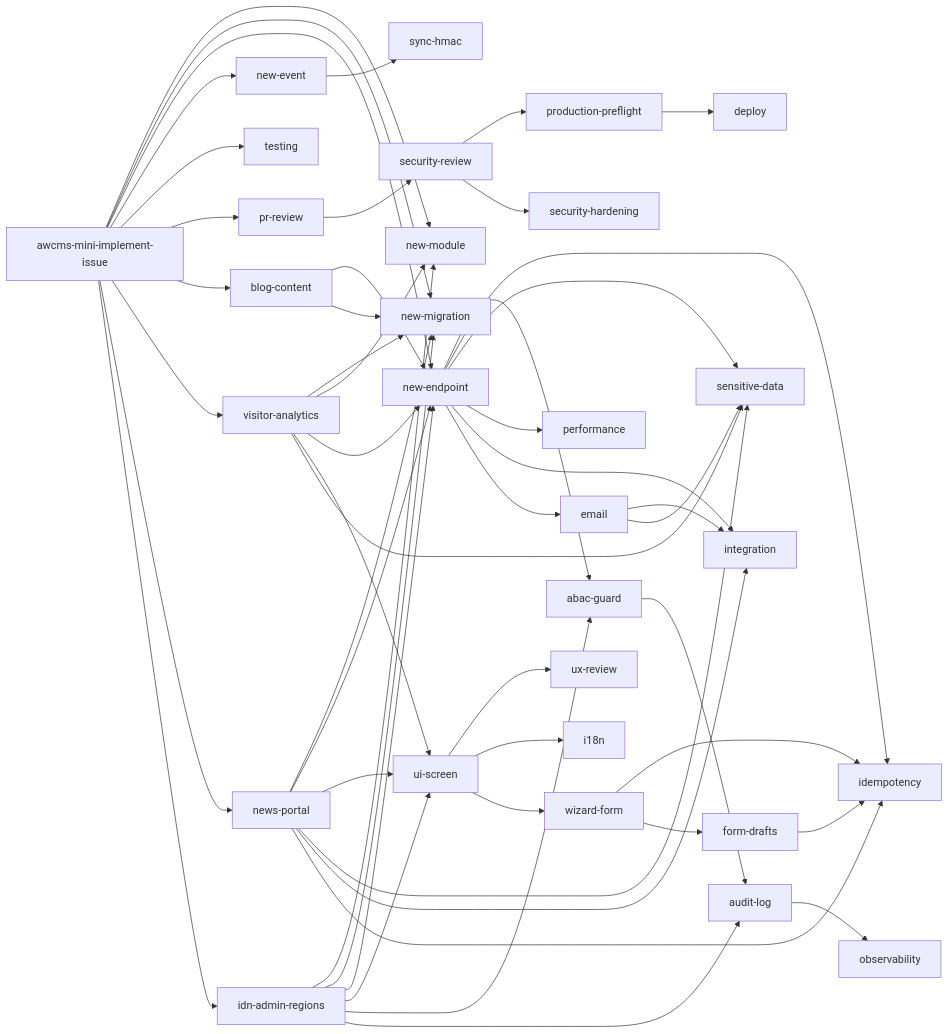
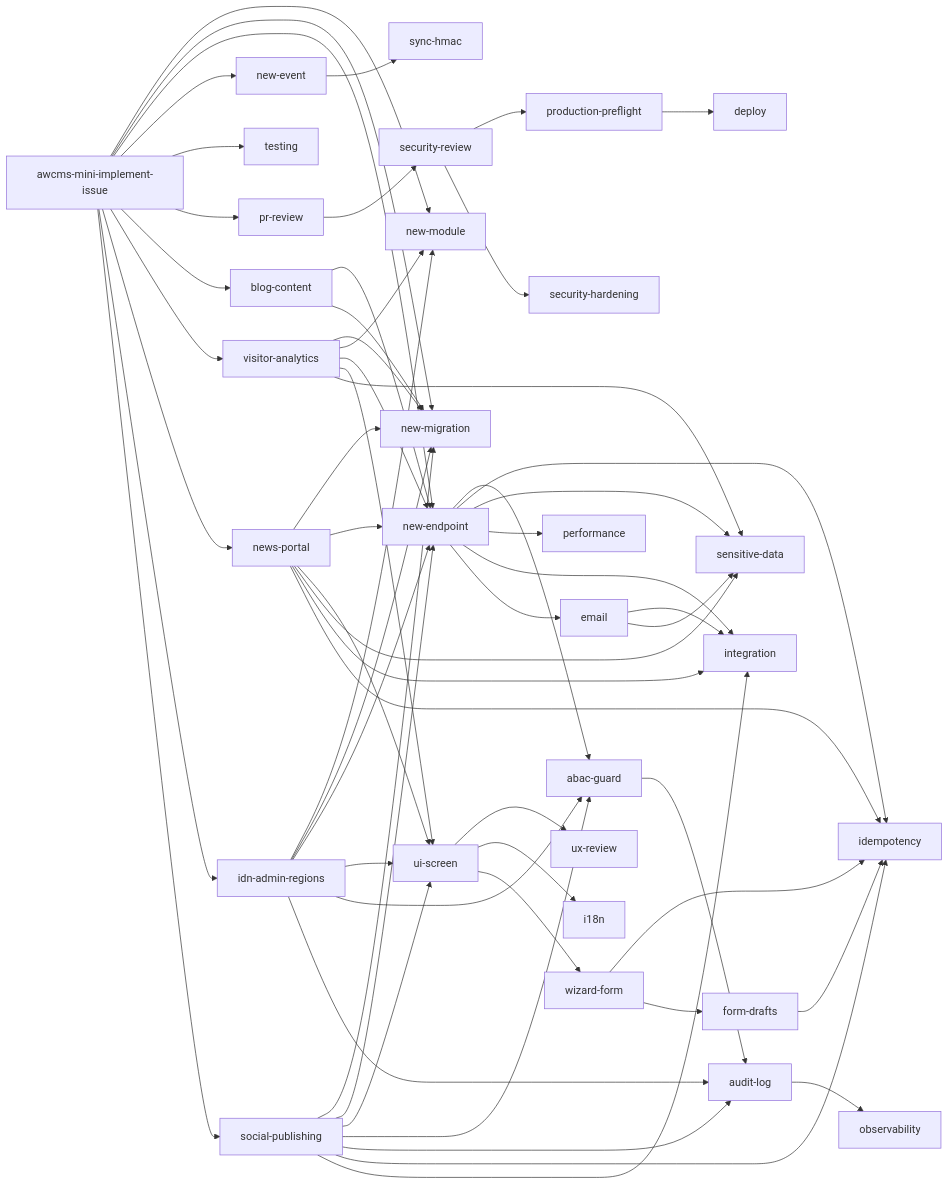
Before and after one commit to ahliweb/awcms-mini: the third of 5 diagrams in AGENTS.md, drawn with Mermaid. The commit also changed other lines of this file and 71 other files, not shown here.

First line of the commit message:
feat(social-publishing): add secure social auto-posting outbox and connector foundation (#731)

````diff
--- a/AGENTS.md
+++ b/AGENTS.md
@@ -144,51 +145,59 @@
 ```mermaid
 flowchart LR
   II[awcms-mini-implement-issue] --> NM[new-module]
   II --> MIG[new-migration]
   II --> EP[new-endpoint]
   II --> EV[new-event]
   II --> TST[testing]
   EP --> ABAC[abac-guard]
   EP --> IDEM[idempotency]
   ABAC --> AUD[audit-log]
   AUD --> OBS[observability]
   EP --> SD[sensitive-data]
   EV --> SYNC[sync-hmac]
   II --> PR[pr-review] --> SEC[security-review] --> PF[production-preflight]
   PF --> DEP[deploy]
   UI2[ui-screen] --> UXR[ux-review]
   UI2 --> I18N[i18n]
   UI2 --> WIZ[wizard-form]
   WIZ --> IDEM
   WIZ --> DRAFT[form-drafts]
   DRAFT --> IDEM
   EP --> PERF[performance]
   EP --> INT[integration]
   SEC --> HARD[security-hardening]
   EP --> EMAIL[email]
   EMAIL --> INT
   EMAIL --> SD
   II --> BLOG[blog-content]
   BLOG --> EP
   BLOG --> MIG
   II --> VA[visitor-analytics]
   VA --> MIG
   VA --> NM
   VA --> EP
   VA --> UI2
   VA --> SD
   II --> NP[news-portal]
   NP --> MIG
   NP --> EP
   NP --> UI2
   NP --> SD
   NP --> INT
   NP --> IDEM
   II --> IDN[idn-admin-regions]
   IDN --> NM
   IDN --> MIG
   IDN --> EP
   IDN --> UI2
   IDN --> ABAC
   IDN --> AUD
+  II --> SP[social-publishing]
+  SP --> MIG
+  SP --> EP
+  SP --> UI2
+  SP --> ABAC
+  SP --> AUD
+  SP --> IDEM
+  SP --> INT
 ```
````
